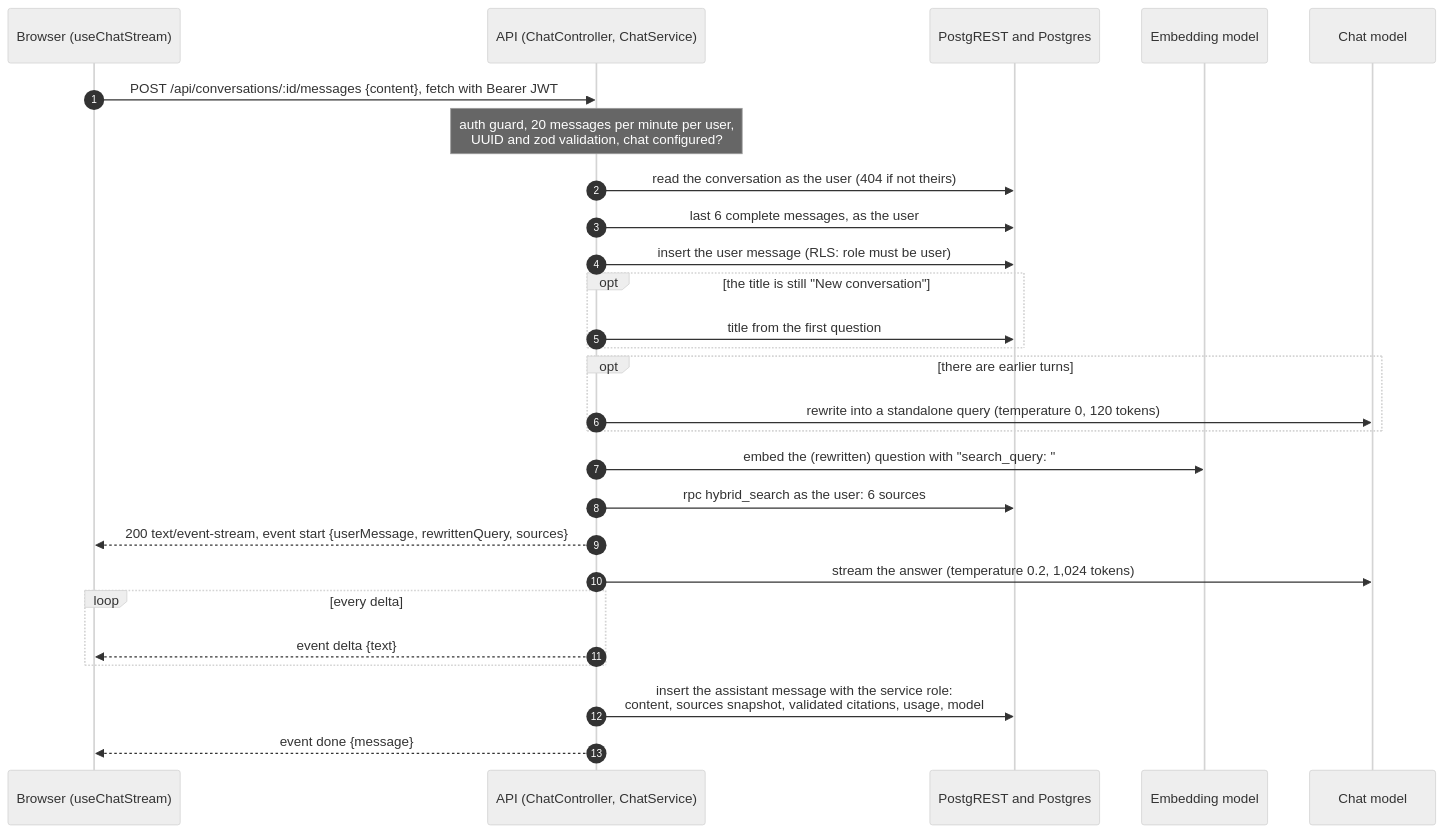
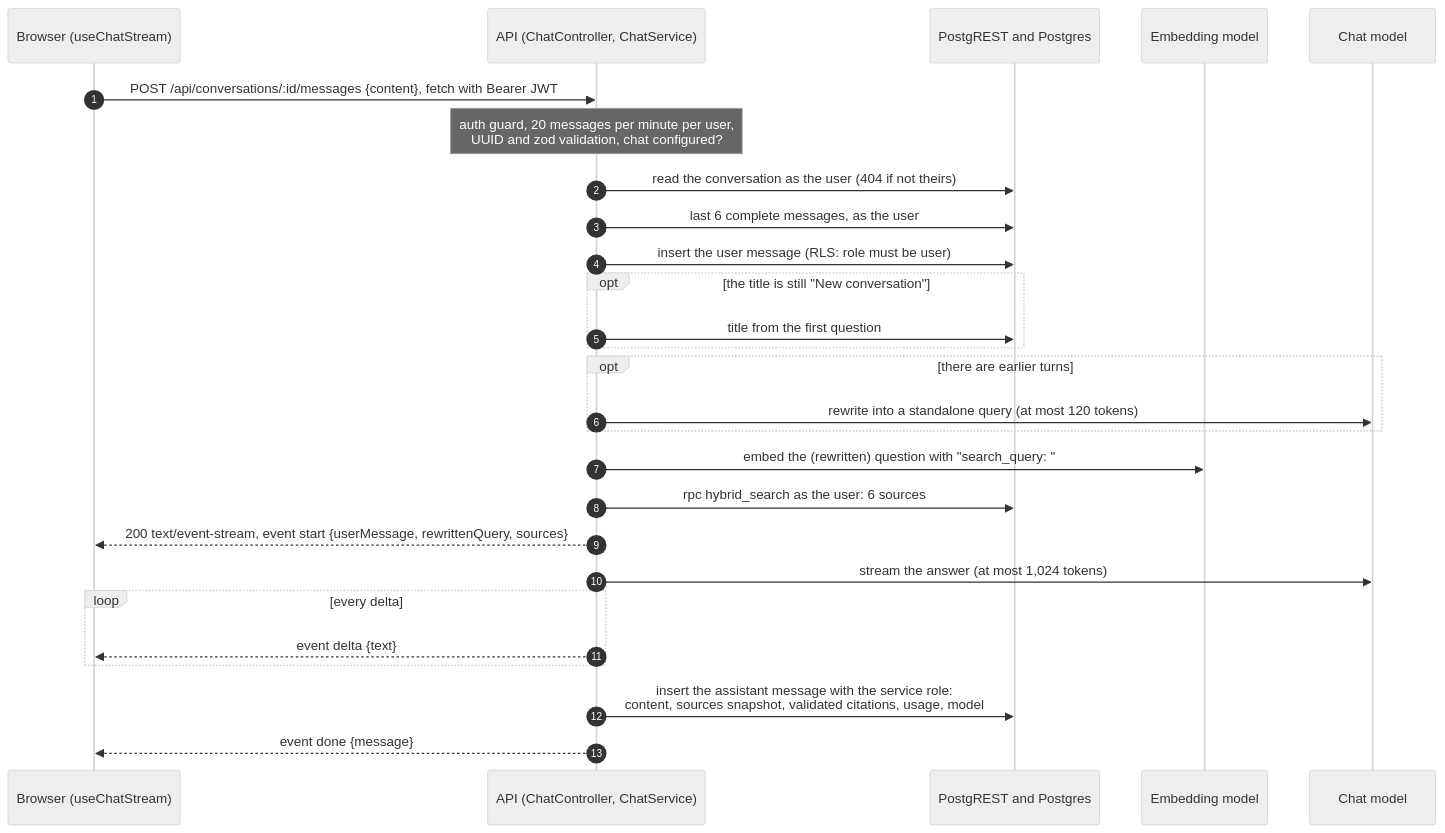
Before and after one commit to ali-el-mawla/ai-knowledge-base: the second of 3 diagrams in docs/ARCHITECTURE.md, drawn with Mermaid (neutral theme). The commit also changed other lines of this file and 147 other files, not shown here.

````diff
--- a/docs/ARCHITECTURE.md
+++ b/docs/ARCHITECTURE.md
@@ -82,29 +82,29 @@
 ```mermaid
 sequenceDiagram
   autonumber
   participant B as Browser (useChatStream)
   participant C as API (ChatController, ChatService)
   participant P as PostgREST and Postgres
   participant E as Embedding model
   participant L as Chat model
   B->>C: POST /api/conversations/:id/messages {content}, fetch with Bearer JWT
   Note over C: auth guard, 20 messages per minute per user,<br/>UUID and zod validation, chat configured?
   C->>P: read the conversation as the user (404 if not theirs)
   C->>P: last 6 complete messages, as the user
   C->>P: insert the user message (RLS: role must be user)
   opt the title is still "New conversation"
     C->>P: title from the first question
   end
   opt there are earlier turns
-    C->>L: rewrite into a standalone query (temperature 0, 120 tokens)
+    C->>L: rewrite into a standalone query (at most 120 tokens)
   end
   C->>E: embed the (rewritten) question with "search_query: "
   C->>P: rpc hybrid_search as the user: 6 sources
   C-->>B: 200 text/event-stream, event start {userMessage, rewrittenQuery, sources}
-  C->>L: stream the answer (temperature 0.2, 1,024 tokens)
+  C->>L: stream the answer (at most 1,024 tokens)
   loop every delta
     C-->>B: event delta {text}
   end
   C->>P: insert the assistant message with the service role:<br/>content, sources snapshot, validated citations, usage, model
   C-->>B: event done {message}
 ```
````
